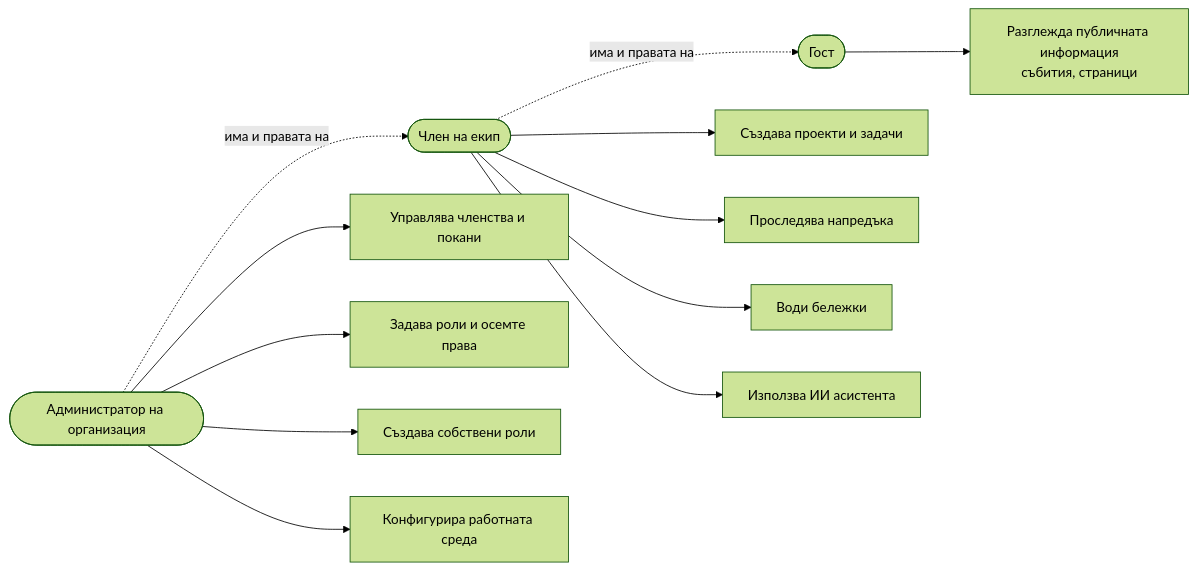
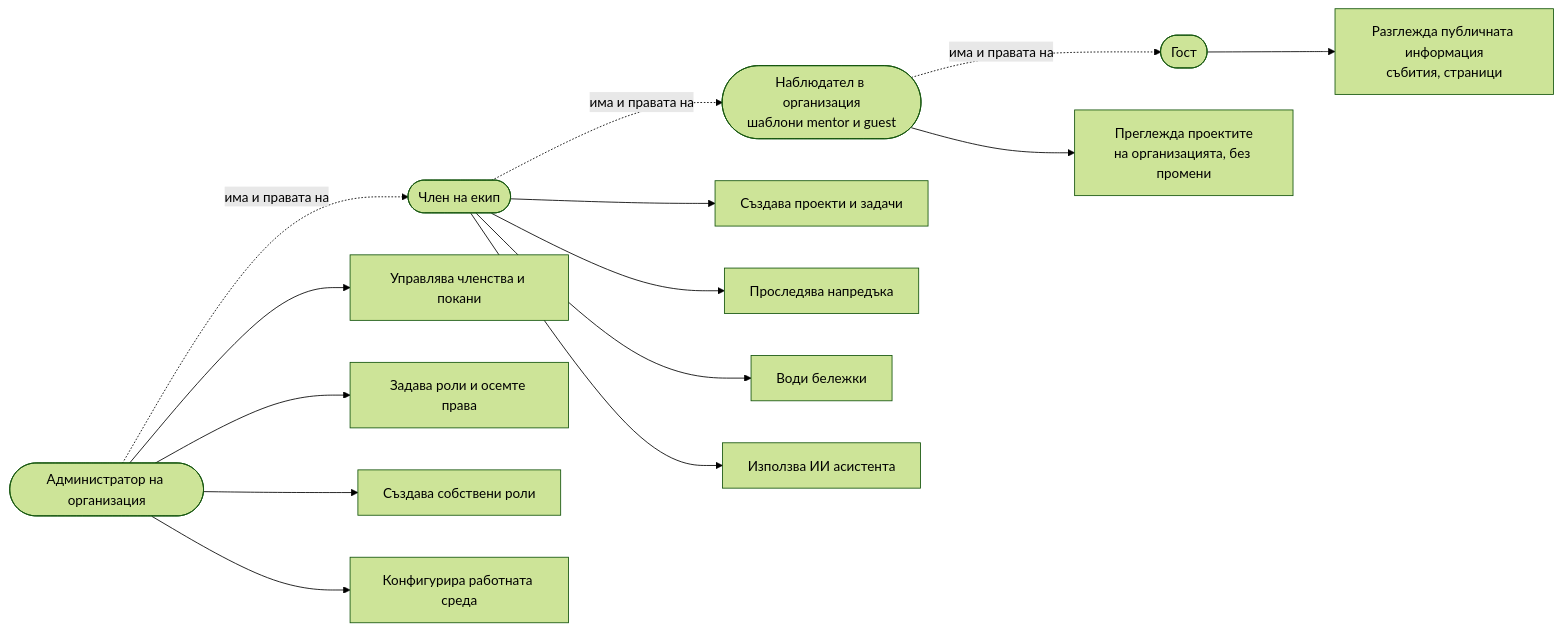
One commit to tuncheva/KAIROS changed diagram 11 of 19 in docs/diploma/diagrams/GALLERY.md. Above: the diagram before and after it, drawn with Mermaid (forest theme). The commit also changed other lines of this file and 68 other files, not shown here.

First line of the commit message:
fix(thesis): replace Word-drawn figures; apply approved diagram changes

````diff
--- a/docs/diploma/diagrams/GALLERY.md
+++ b/docs/diploma/diagrams/GALLERY.md
@@ -320,15 +330,17 @@
 ```mermaid
 %% Фигура 11 – Функционално взаимодействие между ролите (т. 2.9)
 flowchart LR
   g(["Гост"]) --> g1["Разглежда публичната информация<br>събития, страници"]
+  v(["Наблюдател в организация<br>шаблони mentor и guest"]) --> v1["Преглежда проектите<br>на организацията, без промени"]
   m(["Член на екип"]) --> m1["Създава проекти и задачи"]
   m --> m2["Проследява напредъка"]
   m --> m3["Води бележки"]
   m --> m4["Използва ИИ асистента"]
   a(["Администратор на организация"]) --> a1["Управлява членства и покани"]
   a --> a2["Задава роли и осемте права"]
   a --> a3["Създава собствени роли"]
   a --> a4["Конфигурира работната среда"]
-  m -.->|"има и правата на"| g
+  v -.->|"има и правата на"| g
+  m -.->|"има и правата на"| v
   a -.->|"има и правата на"| m
 ```
````
